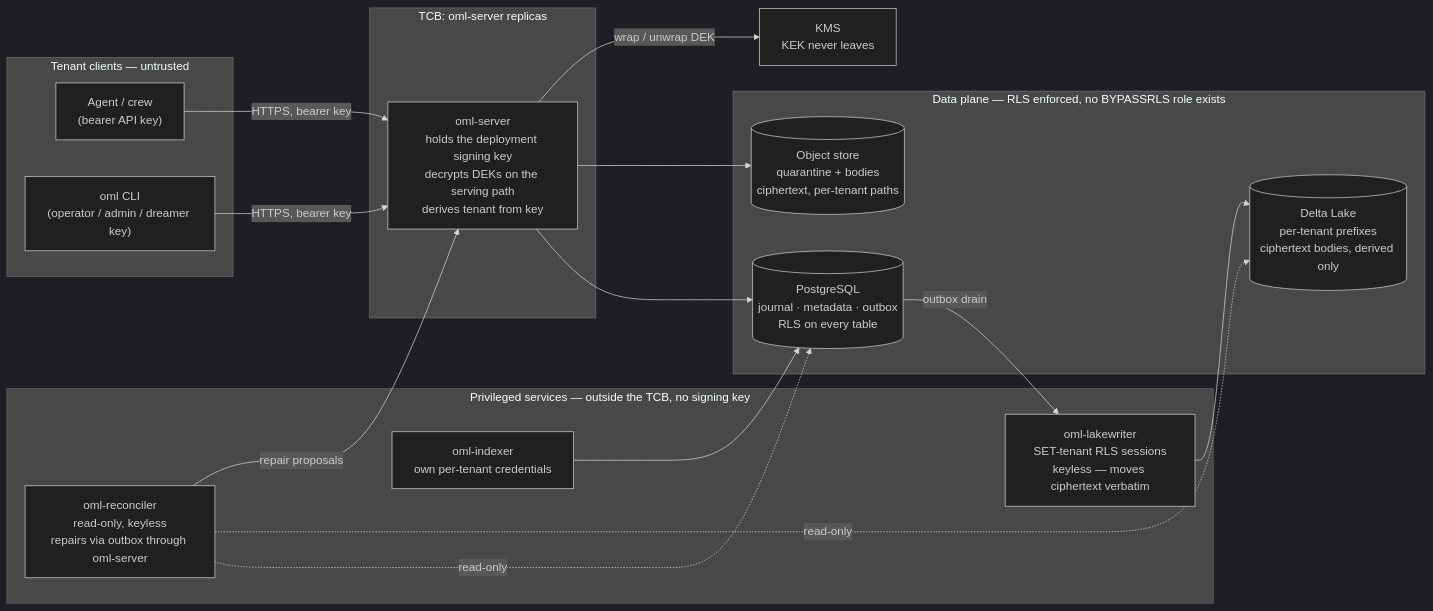
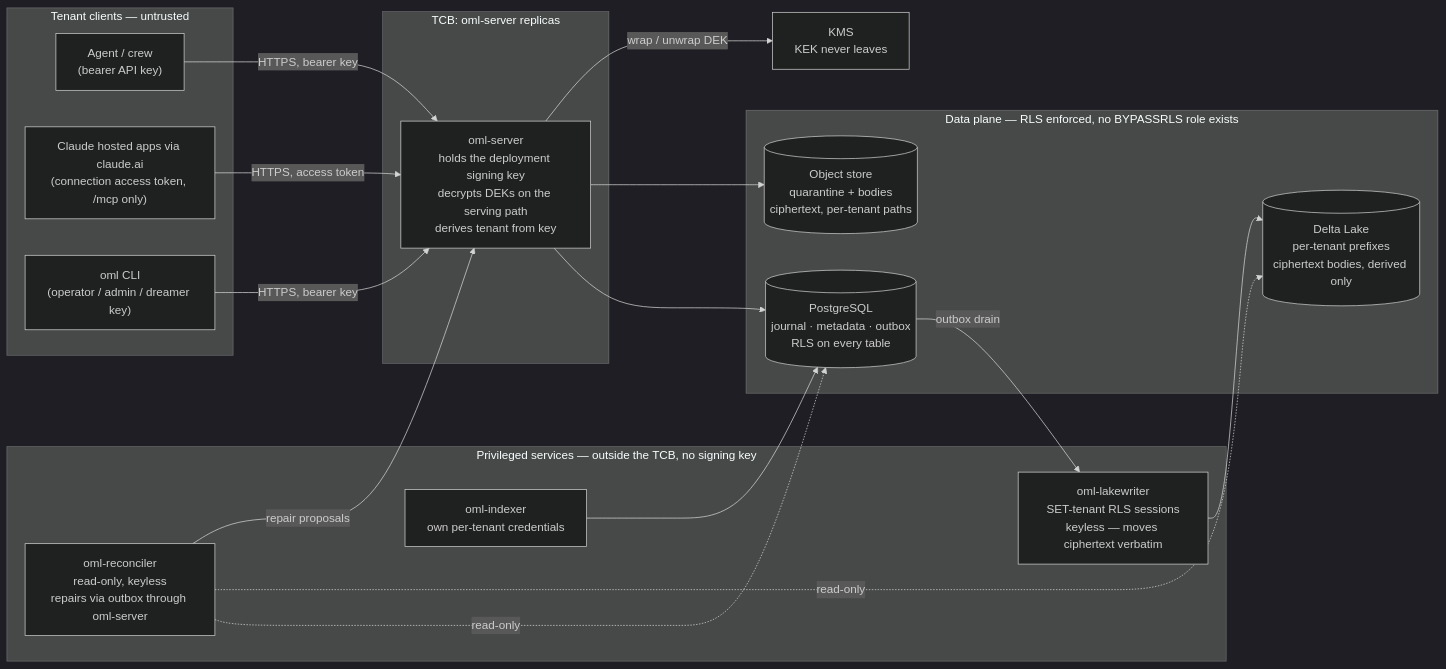
Before and after one commit to e8kor/open-memory-lab: the diagram in docs/architecture/security.md, drawn with Mermaid (dark theme). The commit also changed other lines of this file and 22 other files, not shown here.

First line of the commit message:
Propose ADR-0031: Claude's hosted apps reach the agent plugin over OAuth, through a connection that a one-time connect code binds to one agent key

````diff
--- a/docs/architecture/security.md
+++ b/docs/architecture/security.md
@@ -376,37 +409,39 @@
 ```mermaid
 flowchart LR
   subgraph clients["Tenant clients — untrusted"]
     A["Agent / crew<br/>(bearer API key)"]
+    H["Claude hosted apps via claude.ai<br/>(connection access token, /mcp only)"]
     CLI["oml CLI<br/>(operator / admin / dreamer key)"]
   end
 
   subgraph tcb["TCB: oml-server replicas"]
     S["oml-server<br/>holds the deployment signing key<br/>decrypts DEKs on the serving path<br/>derives tenant from key"]
   end
 
   subgraph data["Data plane — RLS enforced, no BYPASSRLS role exists"]
     PG[("PostgreSQL<br/>journal · metadata · outbox<br/>RLS on every table")]
     OS[("Object store<br/>quarantine + bodies<br/>ciphertext, per-tenant paths")]
     DL[("Delta Lake<br/>per-tenant prefixes<br/>ciphertext bodies, derived only")]
   end
 
   subgraph priv["Privileged services — outside the TCB, no signing key"]
     LW["oml-lakewriter<br/>SET-tenant RLS sessions<br/>keyless — moves ciphertext verbatim"]
     RC["oml-reconciler<br/>read-only, keyless<br/>repairs via outbox through oml-server"]
     IX["oml-indexer<br/>own per-tenant credentials"]
   end
 
   KMS["KMS<br/>KEK never leaves"]
 
   A -- "HTTPS, bearer key" --> S
+  H -- "HTTPS, access token" --> S
   CLI -- "HTTPS, bearer key" --> S
   S --> PG
   S --> OS
   S -- "wrap / unwrap DEK" --> KMS
   PG -- "outbox drain" --> LW
   LW --> DL
   RC -. "read-only" .-> PG
   RC -. "read-only" .-> DL
   RC -- "repair proposals" --> S
   IX --> PG
 ```
````
